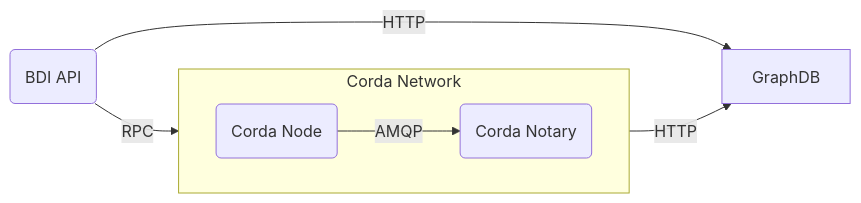
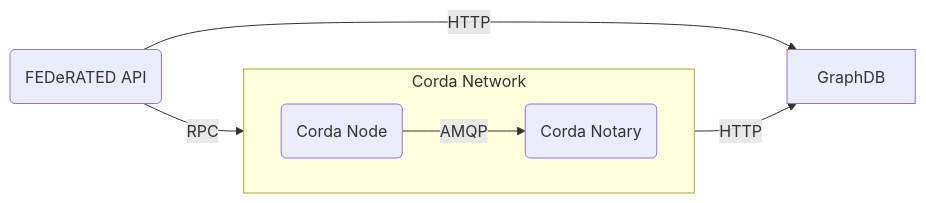
Before and after one commit to federatedplatforms/FEDeRATED-BDI: the first of 2 diagrams in docs/deployment.md, drawn with Mermaid. The commit also changed other lines of this file and 30 other files, not shown here.

````diff
--- a/docs/deployment.md
+++ b/docs/deployment.md
@@ -17,10 +17,10 @@
 ```mermaid
 flowchart LR
-    API(BDI API) -- HTTP --> GraphDB
-    API(BDI API) -- RPC --> CORDA(Corda Node)
+    API(FEDeRATED API) -- HTTP --> GraphDB
+    API(FEDeRATED API) -- RPC --> CORDA(Corda Node)
     CORDA -- HTTP --> GraphDB
     subgraph Corda Network
         direction LR
         CORDA -- AMQP --> NOTARY(Corda Notary)
     end
 ```
````
